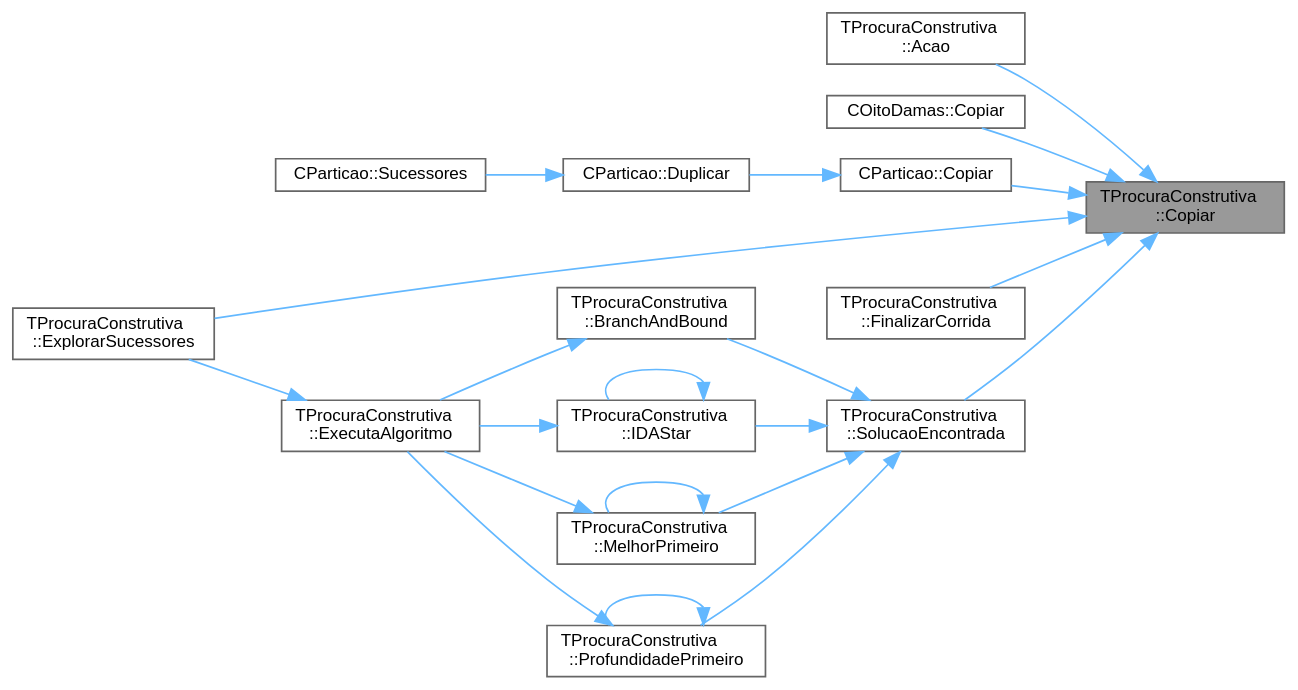
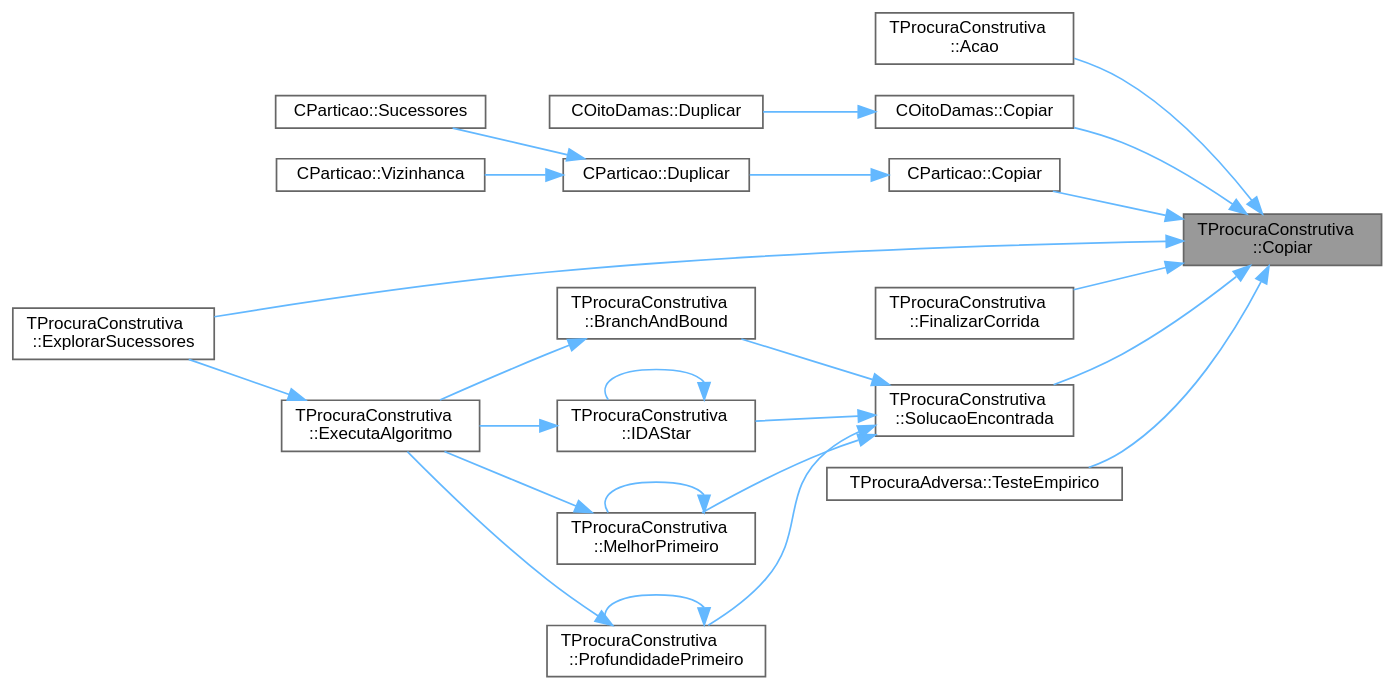
The diagram in group__RedefinicaoMandatoria_ga92eb7af76e68a20fe542afb459e7d642_icgraph.dot (jcoelho72/TProcura), drawn with Graphviz before and after one commit. The commit also changed 1026 other files, not shown here.

```diff
--- a/group__RedefinicaoMandatoria_ga92eb7af76e68a20fe542afb459e7d642_icgraph.dot
+++ b/group__RedefinicaoMandatoria_ga92eb7af76e68a20fe542afb459e7d642_icgraph.dot
@@ -1,42 +1,48 @@
 digraph "TProcuraConstrutiva::Copiar"
 {
  // LATEX_PDF_SIZE
   bgcolor="transparent";
   edge [fontname=Helvetica,fontsize=10,labelfontname=Helvetica,labelfontsize=10];
   node [fontname=Helvetica,fontsize=10,shape=box,height=0.2,width=0.4];
   rankdir="RL";
   Node1 [id="Node000001",label="TProcuraConstrutiva\l::Copiar",height=0.2,width=0.4,color="gray40", fillcolor="grey60", style="filled", fontcolor="black",tooltip="Fica com uma cópia do objecto."];
-  Node1 -> Node2 [id="edge21_Node000001_Node000002",dir="back",color="steelblue1",style="solid",tooltip=" "];
+  Node1 -> Node2 [id="edge24_Node000001_Node000002",dir="back",color="steelblue1",style="solid",tooltip=" "];
   Node2 [id="Node000002",label="TProcuraConstrutiva\l::Acao",height=0.2,width=0.4,color="grey40", fillcolor="white", style="filled",URL="$group__RedefinicaoOpcional.html#gacccf4fbb52126ba19bfc456c0c6d5214",tooltip="Executa a ação (movimento, passo, jogada, lance, etc.) no estado atual."];
-  Node1 -> Node3 [id="edge22_Node000001_Node000003",dir="back",color="steelblue1",style="solid",tooltip=" "];
+  Node1 -> Node3 [id="edge25_Node000001_Node000003",dir="back",color="steelblue1",style="solid",tooltip=" "];
   Node3 [id="Node000003",label="COitoDamas::Copiar",height=0.2,width=0.4,color="grey40", fillcolor="white", style="filled",URL="$classCOitoDamas.html#aea4719bda6b412974fc584abf073aef9",tooltip=" "];
-  Node1 -> Node4 [id="edge23_Node000001_Node000004",dir="back",color="steelblue1",style="solid",tooltip=" "];
-  Node4 [id="Node000004",label="CParticao::Copiar",height=0.2,width=0.4,color="grey40", fillcolor="white", style="filled",URL="$classCParticao.html#a3588b257c61040424c7c78b8140b2bed",tooltip=" "];
-  Node4 -> Node5 [id="edge24_Node000004_Node000005",dir="back",color="steelblue1",style="solid",tooltip=" "];
-  Node5 [id="Node000005",label="CParticao::Duplicar",height=0.2,width=0.4,color="grey40", fillcolor="white", style="filled",URL="$classCParticao.html#aa50c7d31c22b1baa8ecb15b2841e2854",tooltip="Cria um objecto que é uma cópia deste."];
-  Node5 -> Node6 [id="edge25_Node000005_Node000006",dir="back",color="steelblue1",style="solid",tooltip=" "];
-  Node6 [id="Node000006",label="CParticao::Sucessores",height=0.2,width=0.4,color="grey40", fillcolor="white", style="filled",URL="$classCParticao.html#a5c6104354972acf2f6ed3d8ff7a8b98c",tooltip="Coloca em sucessores a lista de estados sucessores."];
-  Node1 -> Node7 [id="edge26_Node000001_Node000007",dir="back",color="steelblue1",style="solid",tooltip=" "];
-  Node7 [id="Node000007",label="TProcuraConstrutiva\l::ExplorarSucessores",height=0.2,width=0.4,color="grey40", fillcolor="white", style="filled",URL="$classTProcuraConstrutiva.html#a9fda19c96c9cd874fa45578bcc30f607",tooltip=" "];
-  Node1 -> Node8 [id="edge27_Node000001_Node000008",dir="back",color="steelblue1",style="solid",tooltip=" "];
-  Node8 [id="Node000008",label="TProcuraConstrutiva\l::FinalizarCorrida",height=0.2,width=0.4,color="grey40", fillcolor="white", style="filled",URL="$classTProcuraConstrutiva.html#af2fbc46bcca99f48e42cdbc62eecc1fd",tooltip=" "];
-  Node1 -> Node9 [id="edge28_Node000001_Node000009",dir="back",color="steelblue1",style="solid",tooltip=" "];
-  Node9 [id="Node000009",label="TProcuraConstrutiva\l::SolucaoEncontrada",height=0.2,width=0.4,color="grey40", fillcolor="white", style="filled",URL="$classTProcuraConstrutiva.html#a2f648df694a20e7fcb688c9979f763fd",tooltip=" "];
-  Node9 -> Node10 [id="edge29_Node000009_Node000010",dir="back",color="steelblue1",style="solid",tooltip=" "];
-  Node10 [id="Node000010",label="TProcuraConstrutiva\l::BranchAndBound",height=0.2,width=0.4,color="grey40", fillcolor="white", style="filled",URL="$group__ProcurasInformadas.html#gafe804dbf6cabda9e627500c2d4f8aafd",tooltip="Executa o algoritmo Branch-and-Bound, um algoritmo informado."];
-  Node10 -> Node11 [id="edge30_Node000010_Node000011",dir="back",color="steelblue1",style="solid",tooltip=" "];
-  Node11 [id="Node000011",label="TProcuraConstrutiva\l::ExecutaAlgoritmo",height=0.2,width=0.4,color="grey40", fillcolor="white", style="filled",URL="$group__RedefinicaoOpcional.html#gae52871eb18c8ae656a2174acf43b3bb3",tooltip="Executa o algoritmo com os parametros atuais."];
-  Node11 -> Node7 [id="edge31_Node000011_Node000007",dir="back",color="steelblue1",style="solid",tooltip=" "];
-  Node9 -> Node12 [id="edge32_Node000009_Node000012",dir="back",color="steelblue1",style="solid",tooltip=" "];
-  Node12 [id="Node000012",label="TProcuraConstrutiva\l::IDAStar",height=0.2,width=0.4,color="grey40", fillcolor="white", style="filled",URL="$group__ProcurasInformadas.html#gae77f9608e7988052377d7025bee7c4e8",tooltip="Executa a procura IDA*, algoritmo informado."];
-  Node12 -> Node11 [id="edge33_Node000012_Node000011",dir="back",color="steelblue1",style="solid",tooltip=" "];
-  Node12 -> Node12 [id="edge34_Node000012_Node000012",dir="back",color="steelblue1",style="solid",tooltip=" "];
-  Node9 -> Node13 [id="edge35_Node000009_Node000013",dir="back",color="steelblue1",style="solid",tooltip=" "];
-  Node13 [id="Node000013",label="TProcuraConstrutiva\l::MelhorPrimeiro",height=0.2,width=0.4,color="grey40", fillcolor="white", style="filled",URL="$group__ProcurasInformadas.html#gaebb84182343041bc276e4ceceb4b13aa",tooltip="Executa a procura melhor primeiro, algoritmo informado."];
-  Node13 -> Node11 [id="edge36_Node000013_Node000011",dir="back",color="steelblue1",style="solid",tooltip=" "];
-  Node13 -> Node13 [id="edge37_Node000013_Node000013",dir="back",color="steelblue1",style="solid",tooltip=" "];
-  Node9 -> Node14 [id="edge38_Node000009_Node000014",dir="back",color="steelblue1",style="solid",tooltip=" "];
-  Node14 [id="Node000014",label="TProcuraConstrutiva\l::ProfundidadePrimeiro",height=0.2,width=0.4,color="grey40", fillcolor="white", style="filled",URL="$group__ProcurasCegas.html#gaf00d9776f6b25d56138efb6725b86228",tooltip="Executa a procura em profundidade primeiro, algoritmo cego."];
-  Node14 -> Node11 [id="edge39_Node000014_Node000011",dir="back",color="steelblue1",style="solid",tooltip=" "];
-  Node14 -> Node14 [id="edge40_Node000014_Node000014",dir="back",color="steelblue1",style="solid",tooltip=" "];
+  Node3 -> Node4 [id="edge26_Node000003_Node000004",dir="back",color="steelblue1",style="solid",tooltip=" "];
+  Node4 [id="Node000004",label="COitoDamas::Duplicar",height=0.2,width=0.4,color="grey40", fillcolor="white", style="filled",URL="$classCOitoDamas.html#a36a173575d8f6bd1815989a7a26b7440",tooltip="Cria um objecto que é uma cópia deste."];
+  Node1 -> Node5 [id="edge27_Node000001_Node000005",dir="back",color="steelblue1",style="solid",tooltip=" "];
+  Node5 [id="Node000005",label="CParticao::Copiar",height=0.2,width=0.4,color="grey40", fillcolor="white", style="filled",URL="$classCParticao.html#a3588b257c61040424c7c78b8140b2bed",tooltip=" "];
+  Node5 -> Node6 [id="edge28_Node000005_Node000006",dir="back",color="steelblue1",style="solid",tooltip=" "];
+  Node6 [id="Node000006",label="CParticao::Duplicar",height=0.2,width=0.4,color="grey40", fillcolor="white", style="filled",URL="$classCParticao.html#aa50c7d31c22b1baa8ecb15b2841e2854",tooltip="Cria um objecto que é uma cópia deste."];
+  Node6 -> Node7 [id="edge29_Node000006_Node000007",dir="back",color="steelblue1",style="solid",tooltip=" "];
+  Node7 [id="Node000007",label="CParticao::Sucessores",height=0.2,width=0.4,color="grey40", fillcolor="white", style="filled",URL="$classCParticao.html#a5c6104354972acf2f6ed3d8ff7a8b98c",tooltip="Coloca em sucessores a lista de estados sucessores."];
+  Node6 -> Node8 [id="edge30_Node000006_Node000008",dir="back",color="steelblue1",style="solid",tooltip=" "];
+  Node8 [id="Node000008",label="CParticao::Vizinhanca",height=0.2,width=0.4,color="grey40", fillcolor="white", style="filled",URL="$classCParticao.html#a54bc83b93ee7996d8203192c45f3f486",tooltip=" "];
+  Node1 -> Node9 [id="edge31_Node000001_Node000009",dir="back",color="steelblue1",style="solid",tooltip=" "];
+  Node9 [id="Node000009",label="TProcuraConstrutiva\l::ExplorarSucessores",height=0.2,width=0.4,color="grey40", fillcolor="white", style="filled",URL="$classTProcuraConstrutiva.html#a9fda19c96c9cd874fa45578bcc30f607",tooltip=" "];
+  Node1 -> Node10 [id="edge32_Node000001_Node000010",dir="back",color="steelblue1",style="solid",tooltip=" "];
+  Node10 [id="Node000010",label="TProcuraConstrutiva\l::FinalizarCorrida",height=0.2,width=0.4,color="grey40", fillcolor="white", style="filled",URL="$classTProcuraConstrutiva.html#af2fbc46bcca99f48e42cdbc62eecc1fd",tooltip=" "];
+  Node1 -> Node11 [id="edge33_Node000001_Node000011",dir="back",color="steelblue1",style="solid",tooltip=" "];
+  Node11 [id="Node000011",label="TProcuraConstrutiva\l::SolucaoEncontrada",height=0.2,width=0.4,color="grey40", fillcolor="white", style="filled",URL="$classTProcuraConstrutiva.html#a2f648df694a20e7fcb688c9979f763fd",tooltip=" "];
+  Node11 -> Node12 [id="edge34_Node000011_Node000012",dir="back",color="steelblue1",style="solid",tooltip=" "];
+  Node12 [id="Node000012",label="TProcuraConstrutiva\l::BranchAndBound",height=0.2,width=0.4,color="grey40", fillcolor="white", style="filled",URL="$group__ProcurasInformadas.html#gafe804dbf6cabda9e627500c2d4f8aafd",tooltip="Executa o algoritmo Branch-and-Bound, um algoritmo informado."];
+  Node12 -> Node13 [id="edge35_Node000012_Node000013",dir="back",color="steelblue1",style="solid",tooltip=" "];
+  Node13 [id="Node000013",label="TProcuraConstrutiva\l::ExecutaAlgoritmo",height=0.2,width=0.4,color="grey40", fillcolor="white", style="filled",URL="$group__RedefinicaoOpcional.html#gae52871eb18c8ae656a2174acf43b3bb3",tooltip="Executa o algoritmo com os parametros atuais."];
+  Node13 -> Node9 [id="edge36_Node000013_Node000009",dir="back",color="steelblue1",style="solid",tooltip=" "];
+  Node11 -> Node14 [id="edge37_Node000011_Node000014",dir="back",color="steelblue1",style="solid",tooltip=" "];
+  Node14 [id="Node000014",label="TProcuraConstrutiva\l::IDAStar",height=0.2,width=0.4,color="grey40", fillcolor="white", style="filled",URL="$group__ProcurasInformadas.html#gae77f9608e7988052377d7025bee7c4e8",tooltip="Executa a procura IDA*, algoritmo informado."];
+  Node14 -> Node13 [id="edge38_Node000014_Node000013",dir="back",color="steelblue1",style="solid",tooltip=" "];
+  Node14 -> Node14 [id="edge39_Node000014_Node000014",dir="back",color="steelblue1",style="solid",tooltip=" "];
+  Node11 -> Node15 [id="edge40_Node000011_Node000015",dir="back",color="steelblue1",style="solid",tooltip=" "];
+  Node15 [id="Node000015",label="TProcuraConstrutiva\l::MelhorPrimeiro",height=0.2,width=0.4,color="grey40", fillcolor="white", style="filled",URL="$group__ProcurasInformadas.html#gaebb84182343041bc276e4ceceb4b13aa",tooltip="Executa a procura melhor primeiro, algoritmo informado."];
+  Node15 -> Node13 [id="edge41_Node000015_Node000013",dir="back",color="steelblue1",style="solid",tooltip=" "];
+  Node15 -> Node15 [id="edge42_Node000015_Node000015",dir="back",color="steelblue1",style="solid",tooltip=" "];
+  Node11 -> Node16 [id="edge43_Node000011_Node000016",dir="back",color="steelblue1",style="solid",tooltip=" "];
+  Node16 [id="Node000016",label="TProcuraConstrutiva\l::ProfundidadePrimeiro",height=0.2,width=0.4,color="grey40", fillcolor="white", style="filled",URL="$group__ProcurasCegas.html#gaf00d9776f6b25d56138efb6725b86228",tooltip="Executa a procura em profundidade primeiro, algoritmo cego."];
+  Node16 -> Node13 [id="edge44_Node000016_Node000013",dir="back",color="steelblue1",style="solid",tooltip=" "];
+  Node16 -> Node16 [id="edge45_Node000016_Node000016",dir="back",color="steelblue1",style="solid",tooltip=" "];
+  Node1 -> Node17 [id="edge46_Node000001_Node000017",dir="back",color="steelblue1",style="solid",tooltip=" "];
+  Node17 [id="Node000017",label="TProcuraAdversa::TesteEmpirico",height=0.2,width=0.4,color="grey40", fillcolor="white", style="filled",URL="$classTProcuraAdversa.html#ae849ba1f915dc5e0875faa281ba4bdbb",tooltip=" "];
 }
```
